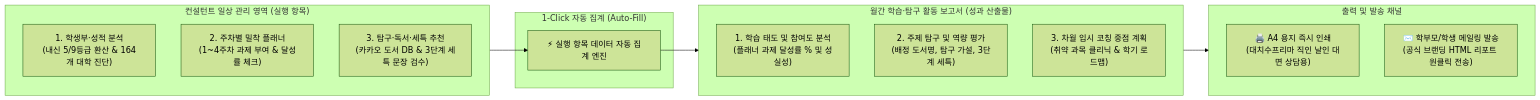
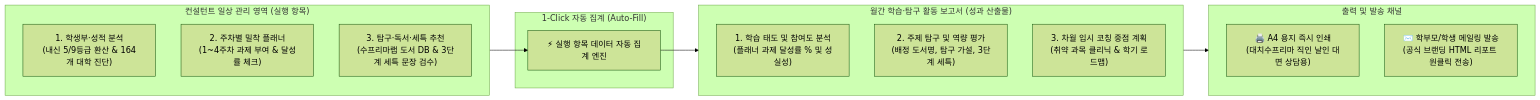
Before and after one commit to ipsicreator/consultant-app: the diagram in public/guides/대치수프리마_관리자홈_전메뉴_사용매뉴얼_및_운영가이드.md, drawn with Mermaid (forest theme). The commit also changed other lines of this file and 15 other files, not shown here.

Commit message:
refactor: 도서 DB 브랜드 표기 일원화 (카카오 ➔ 수프리마랩 도서 DB)

````diff
--- a/public/guides/대치수프리마_관리자홈_전메뉴_사용매뉴얼_및_운영가이드.md
+++ b/public/guides/대치수프리마_관리자홈_전메뉴_사용매뉴얼_및_운영가이드.md
@@ -179,29 +179,29 @@
 ```mermaid
 flowchart LR
     subgraph Execution ["컨설턴트 일상 관리 영역 (실행 항목)"]
         direction TB
         E1["1. 학생부·성적 분석<br/>(내신 5/9등급 환산 & 164개 대학 진단)"]
         E2["2. 주차별 밀착 플래너<br/>(1~4주차 과제 부여 & 달성률 체크)"]
-        E3["3. 탐구·독서·세특 추천<br/>(카카오 도서 DB & 3단계 세특 문장 검수)"]
+        E3["3. 탐구·독서·세특 추천<br/>(수프리마랩 도서 DB & 3단계 세특 문장 검수)"]
     end
 
     subgraph Auto ["1-Click 자동 집계 (Auto-Fill)"]
         AF["⚡ 실행 항목 데이터 자동 집계 엔진"]
     end
 
     subgraph Report ["월간 학습·탐구 활동 보고서 (성과 산출물)"]
         direction TB
         R1["1. 학습 태도 및 참여도 분석<br/>(플래너 과제 달성률 % 및 성실성)"]
         R2["2. 주제 탐구 및 역량 평가<br/>(배정 도서명, 탐구 가설, 3단계 세특)"]
         R3["3. 차월 입시 코칭 중점 계획<br/>(취약 과목 클리닉 & 학기 로드맵)"]
     end
 
     subgraph Output ["출력 및 발송 채널"]
         P1["🖨️ A4 용지 즉시 인쇄<br/>(대치수프리마 직인 날인 대면 상담용)"]
         M1["✉️ 학부모/학생 메일링 발송<br/>(공식 브랜딩 HTML 리포트 원클릭 전송)"]
     end
 
     Execution --> AF
     AF --> Report
     Report --> Output
 ```
````
